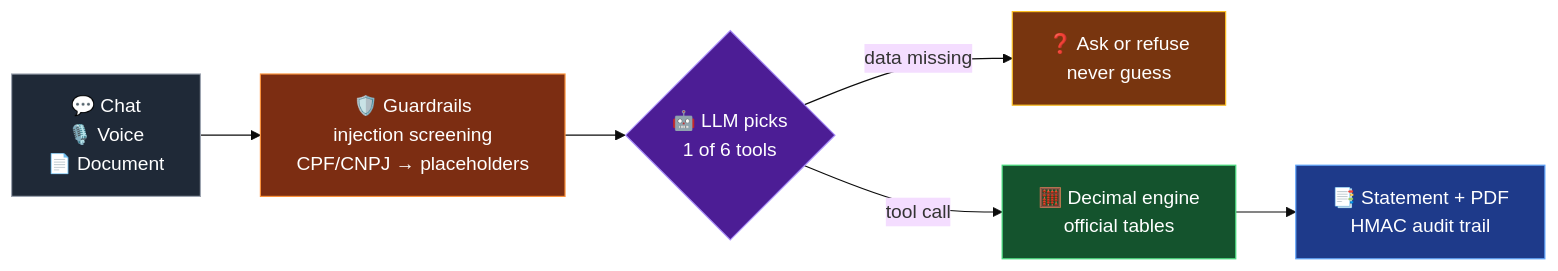
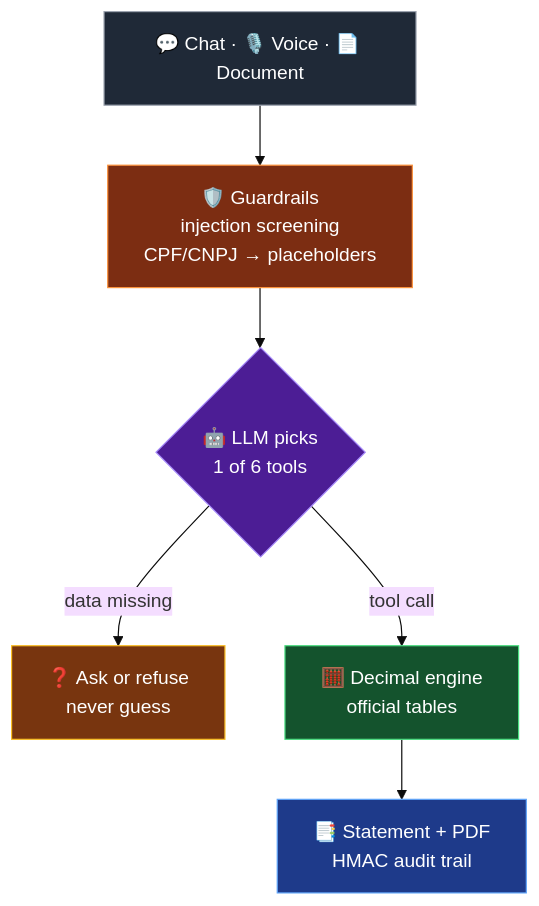
One commit to matheusStark25/matheusStark25 changed the diagram in README.md. Above: the diagram before and after it, drawn with Mermaid (base theme).

Commit message:
Perfil: diagrama do "How it works" na vertical
Os botões de zoom que o GitHub põe no canto do Mermaid cobriam o último bloco.

````diff
--- a/README.md
+++ b/README.md
@@ -114,20 +114,20 @@
 ```mermaid
-flowchart LR
-    A["💬 Chat<br/>🎙️ Voice<br/>📄 Document"] --> B["🛡️ Guardrails<br/>injection screening<br/>CPF/CNPJ → placeholders"]
+flowchart TD
+    A["💬 Chat · 🎙️ Voice · 📄 Document"] --> B["🛡️ Guardrails<br/>injection screening<br/>CPF/CNPJ → placeholders"]
     B --> C{"🤖 LLM picks<br/>1 of 6 tools"}
     C -- "data missing" --> D["❓ Ask or refuse<br/>never guess"]
     C -- "tool call" --> E["🧮 Decimal engine<br/>official tables"]
     E --> F["📑 Statement + PDF<br/>HMAC audit trail"]
     classDef entrada fill:#1f2937,stroke:#9ca3af,color:#ffffff
     classDef protecao fill:#7c2d12,stroke:#fb923c,color:#ffffff
     classDef ia fill:#4c1d95,stroke:#a78bfa,color:#ffffff
     classDef motor fill:#14532d,stroke:#4ade80,color:#ffffff
     classDef parada fill:#78350f,stroke:#fbbf24,color:#ffffff
     classDef saida fill:#1e3a8a,stroke:#60a5fa,color:#ffffff
     class A entrada
     class B protecao
     class C ia
     class D parada
     class E motor
     class F saida
 ```
````
